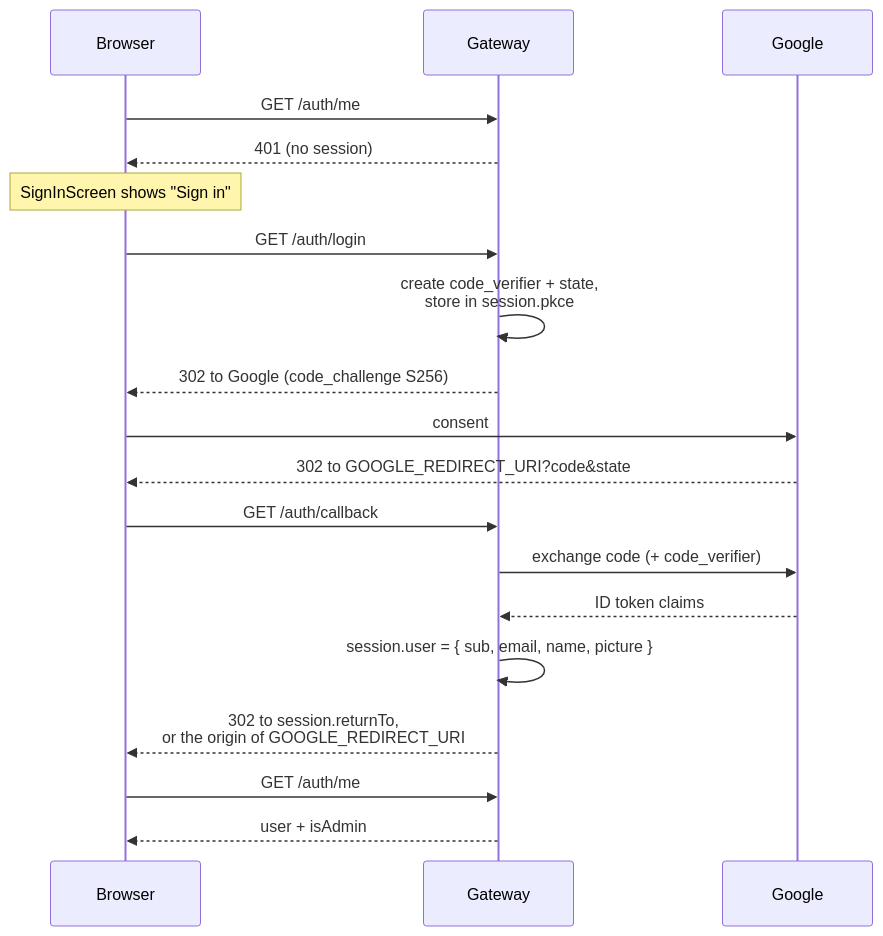
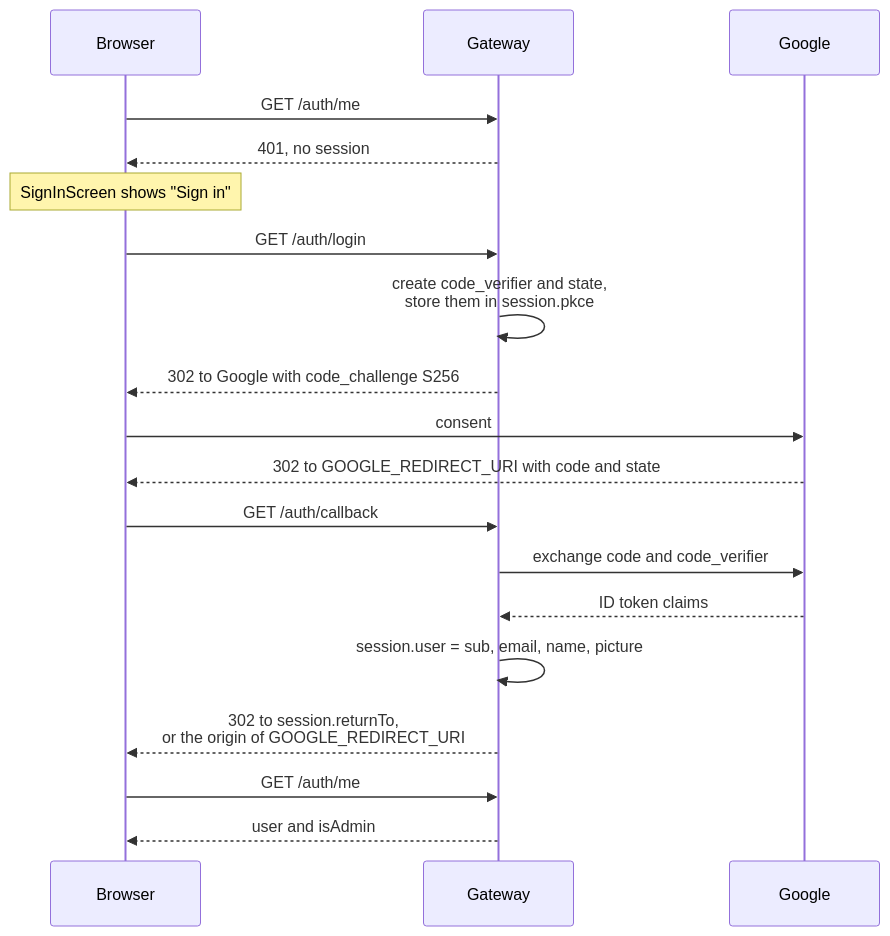
One commit to INFERable-app/USCCF-digital-planning-tool changed the second of 2 diagrams in docs/architecture.md. Above: the diagram before and after it, drawn with Mermaid. The commit also changed other lines of this file and 5 other files, not shown here.

````diff
--- a/docs/architecture.md
+++ b/docs/architecture.md
@@ -134,22 +154,22 @@
 ```mermaid
 sequenceDiagram
     participant B as Browser
     participant G as Gateway
     participant Google
 
     B->>G: GET /auth/me
-    G-->>B: 401 (no session)
+    G-->>B: 401, no session
     Note over B: SignInScreen shows "Sign in"
     B->>G: GET /auth/login
-    G->>G: create code_verifier + state,<br/>store in session.pkce
-    G-->>B: 302 to Google (code_challenge S256)
+    G->>G: create code_verifier and state,<br/>store them in session.pkce
+    G-->>B: 302 to Google with code_challenge S256
     B->>Google: consent
-    Google-->>B: 302 to GOOGLE_REDIRECT_URI?code&state
+    Google-->>B: 302 to GOOGLE_REDIRECT_URI with code and state
     B->>G: GET /auth/callback
-    G->>Google: exchange code (+ code_verifier)
+    G->>Google: exchange code and code_verifier
     Google-->>G: ID token claims
-    G->>G: session.user = { sub, email, name, picture }
+    G->>G: session.user = sub, email, name, picture
     G-->>B: 302 to session.returnTo,<br/>or the origin of GOOGLE_REDIRECT_URI
     B->>G: GET /auth/me
-    G-->>B: user + isAdmin
+    G-->>B: user and isAdmin
 ```
````
